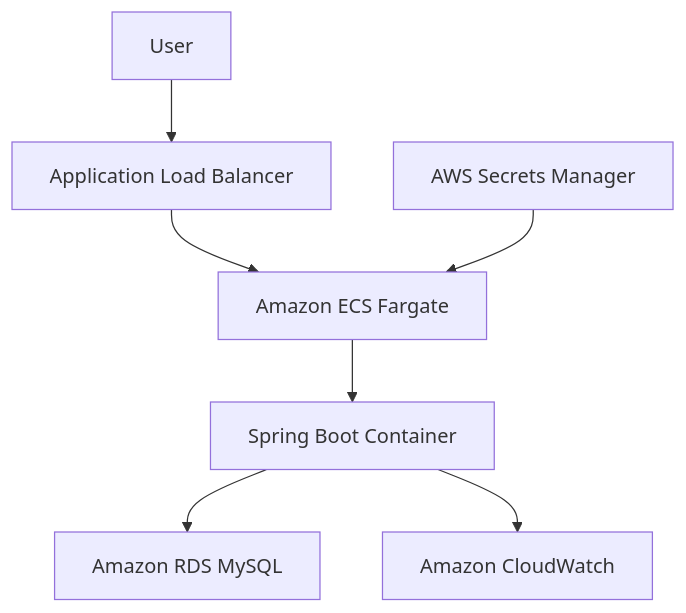
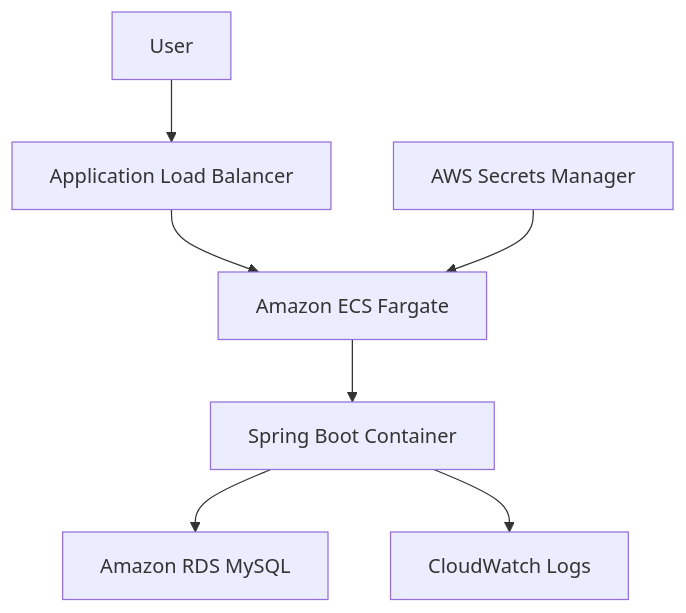
Before and after one commit to Raksh315/employee-management-system: the second of 2 diagrams in README.md, drawn with Mermaid. The commit also changed other lines of this file, not shown here.

````diff
--- a/README.md
+++ b/README.md
@@ -34,9 +31,9 @@
 ```mermaid
 flowchart TD
     A[User] --> B[Application Load Balancer]
     B --> C[Amazon ECS Fargate]
     C --> D[Spring Boot Container]
     D --> E[Amazon RDS MySQL]
-    D --> F[Amazon CloudWatch]
+    D --> F[CloudWatch Logs]
     G[AWS Secrets Manager] --> C
 ```
````
